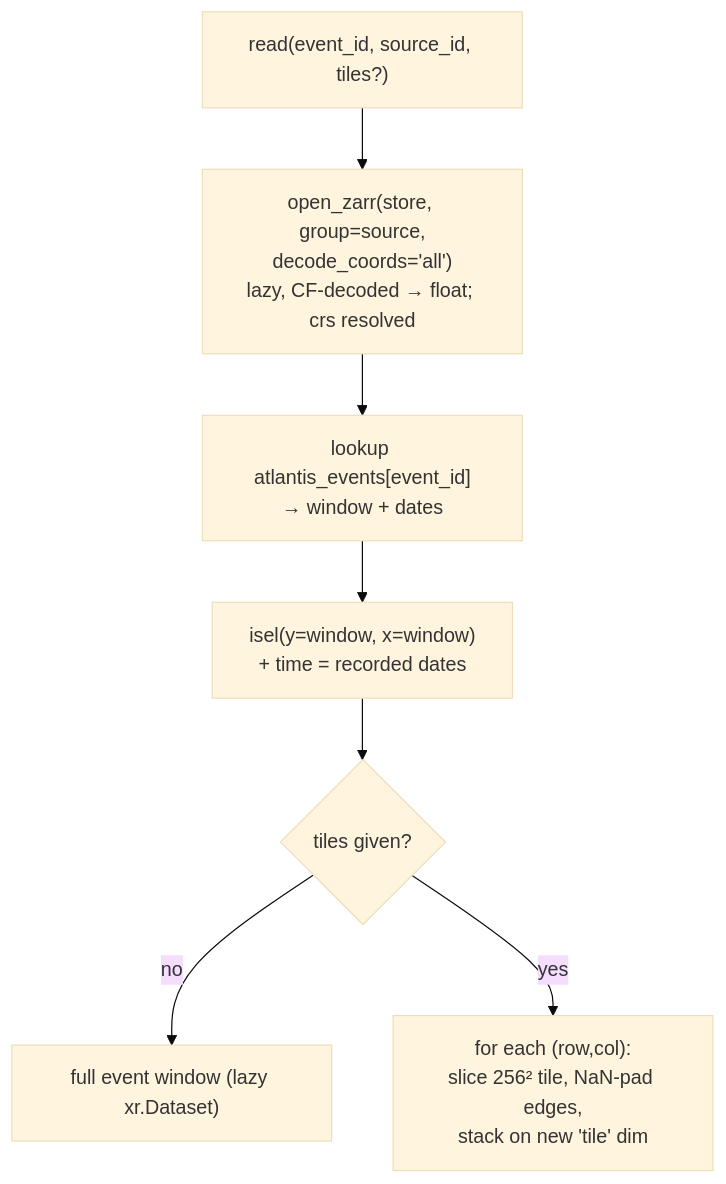
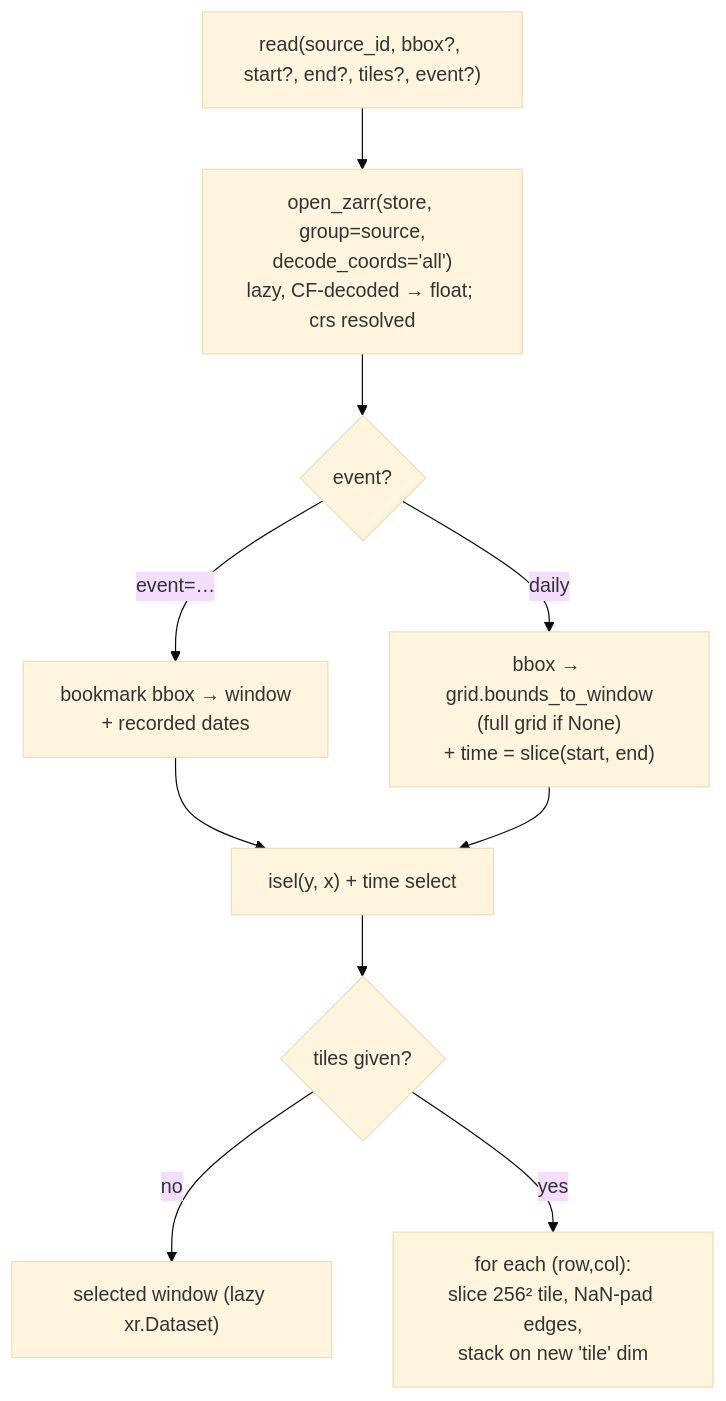
One commit to opageo/atlantis changed the fourth of 4 diagrams in docs/archive/zarr-spec.md. Above: the diagram before and after it, drawn with Mermaid (base theme). The commit also changed other lines of this file and 5 other files, not shown here.

Commit message:
remove kurosiwo event category from core zarr hierarchy of data

````diff
--- a/docs/archive/zarr-spec.md
+++ b/docs/archive/zarr-spec.md
@@ -204,9 +218,12 @@
 ```mermaid
 graph TD
-    R0["read(event_id, source_id, tiles?)"] --> R1["open_zarr(store, group=source,<br/>decode_coords='all')<br/>lazy, CF-decoded → float; crs resolved"]
-    R1 --> R2["lookup atlantis_events[event_id]<br/>→ window + dates"]
-    R2 --> R3["isel(y=window, x=window)<br/>+ time = recorded dates"]
+    R0["read(source_id, bbox?, start?, end?, tiles?, event?)"] --> R1["open_zarr(store, group=source,<br/>decode_coords='all')<br/>lazy, CF-decoded → float; crs resolved"]
+    R1 --> R2{event?}
+    R2 -- "event=…" --> RB["bookmark bbox → window<br/>+ recorded dates"]
+    R2 -- "daily" --> RS["bbox → grid.bounds_to_window<br/>(full grid if None)<br/>+ time = slice(start, end)"]
+    RB --> R3["isel(y, x) + time select"]
+    RS --> R3
     R3 --> R4{tiles given?}
-    R4 -- no --> R5["full event window (lazy xr.Dataset)"]
+    R4 -- no --> R5["selected window (lazy xr.Dataset)"]
     R4 -- yes --> R6["for each (row,col):<br/>slice 256² tile, NaN-pad edges,<br/>stack on new 'tile' dim"]
 ```
````
